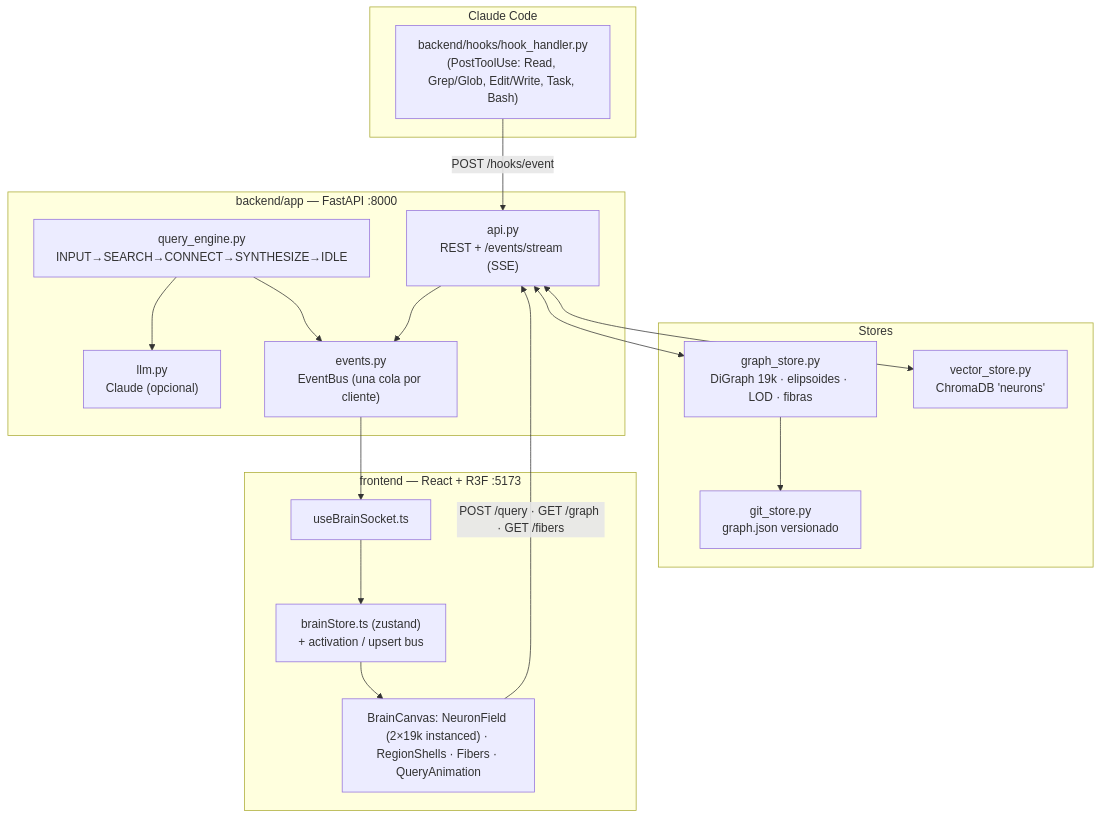
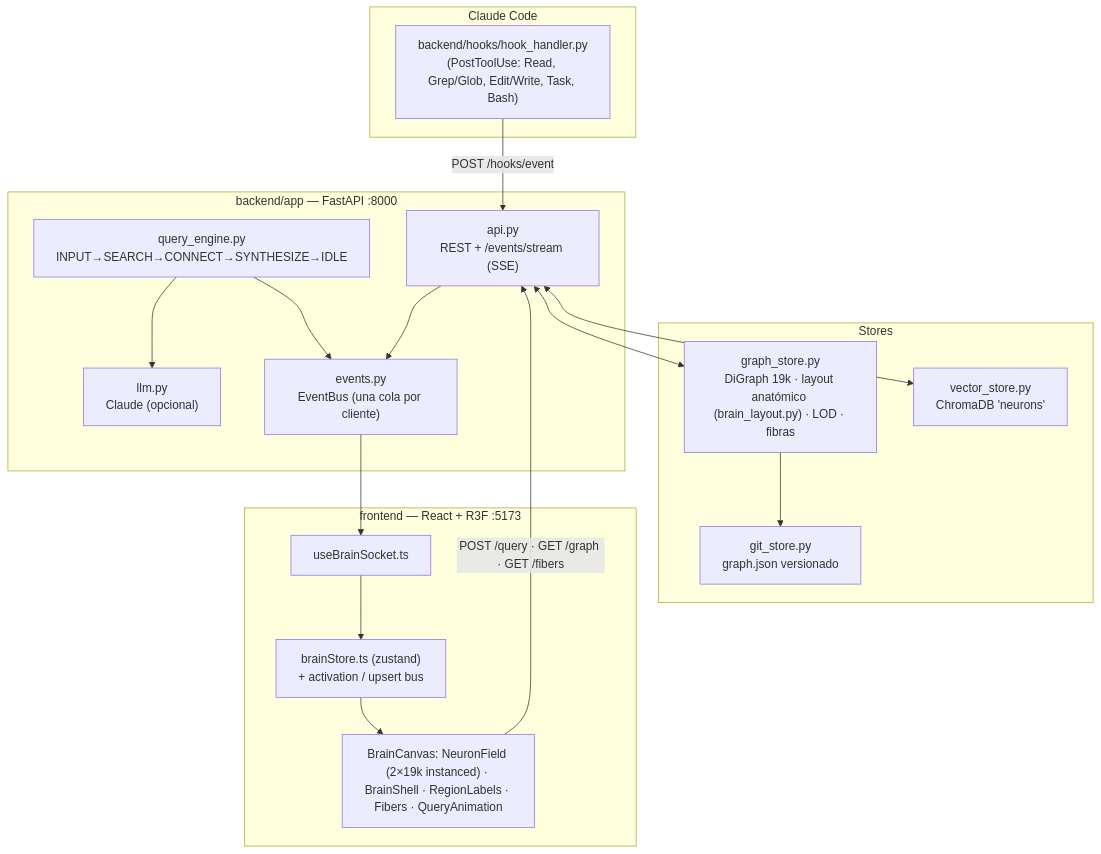
Before and after one commit to adrianlunamx/NEURAL-BRAIN: the diagram in docs/ARCHITECTURE.md, drawn with Mermaid. The commit also changed other lines of this file and 5 other files, not shown here.

````diff
--- a/docs/ARCHITECTURE.md
+++ b/docs/ARCHITECTURE.md
@@ -6,28 +6,28 @@
 ```mermaid
 flowchart TB
     subgraph CC["Claude Code"]
         HOOKS["backend/hooks/hook_handler.py\n(PostToolUse: Read, Grep/Glob, Edit/Write, Task, Bash)"]
     end
     subgraph BE["backend/app — FastAPI :8000"]
         API["api.py\nREST + /events/stream (SSE)"]
         QE["query_engine.py\nINPUT→SEARCH→CONNECT→SYNTHESIZE→IDLE"]
         LLM["llm.py\nClaude (opcional)"]
         BUS["events.py\nEventBus (una cola por cliente)"]
     end
     subgraph ST["Stores"]
-        GS["graph_store.py\nDiGraph 19k · elipsoides · LOD · fibras"]
+        GS["graph_store.py\nDiGraph 19k · layout anatómico (brain_layout.py) · LOD · fibras"]
         VS["vector_store.py\nChromaDB 'neurons'"]
         GIT["git_store.py\ngraph.json versionado"]
     end
     subgraph FE["frontend — React + R3F :5173"]
         SOCK["useBrainSocket.ts"] --> STORE["brainStore.ts (zustand)\n+ activation / upsert bus"]
-        STORE --> CANVAS["BrainCanvas: NeuronField (2×19k instanced) · RegionShells · Fibers · QueryAnimation"]
+        STORE --> CANVAS["BrainCanvas: NeuronField (2×19k instanced) · BrainShell · RegionLabels · Fibers · QueryAnimation"]
     end
     HOOKS -->|POST /hooks/event| API
     API <--> GS & VS
     QE --> LLM
     QE --> BUS
     API --> BUS --> SOCK
     GS --> GIT
     CANVAS -->|POST /query · GET /graph · GET /fibers| API
 ```
````
